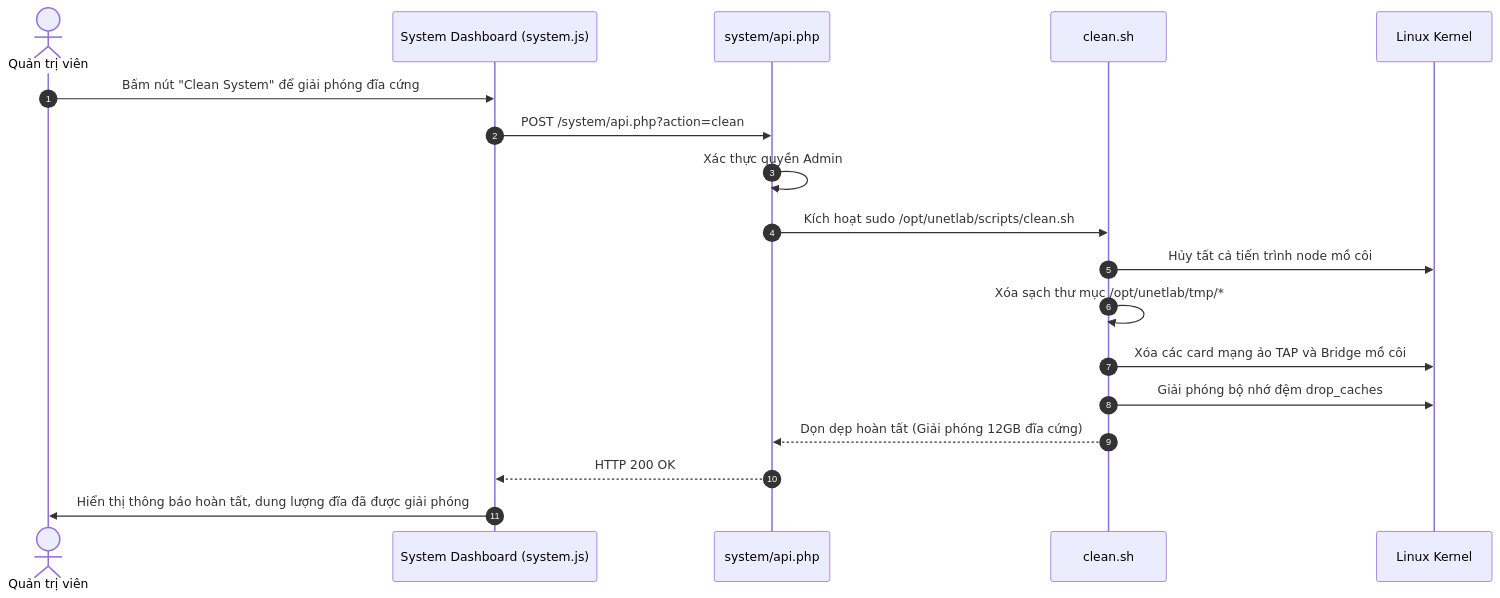
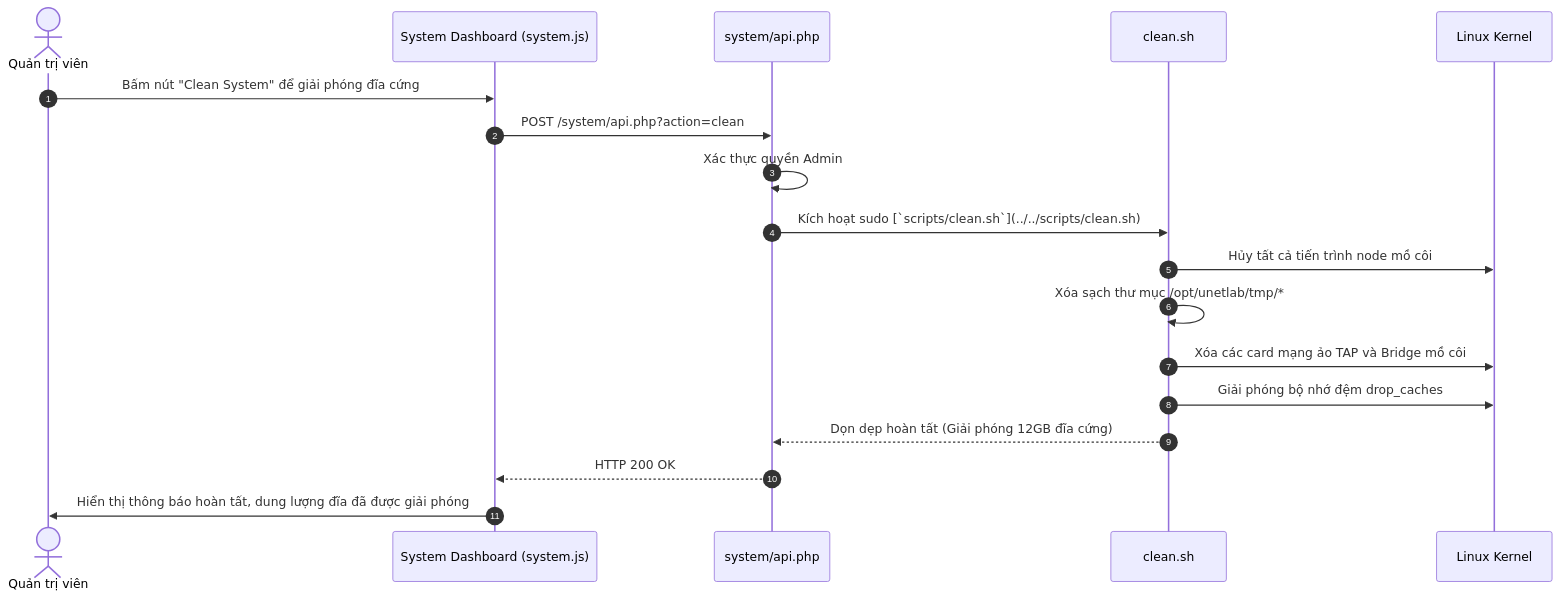
The diagram in docs/03-diagrams/f65-system-power-maintenance-sequence.md (Luuxinhxinh/pnet-v8), drawn with Mermaid before and after one commit. The commit also changed 92 other files, not shown here.

````diff
--- a/docs/03-diagrams/f65-system-power-maintenance-sequence.md
+++ b/docs/03-diagrams/f65-system-power-maintenance-sequence.md
@@ -9,21 +9,21 @@
 ```mermaid
 sequenceDiagram
     autonumber
     actor Admin as Quản trị viên
     participant UI as System Dashboard (system.js)
     participant API as system/api.php
     participant Script as clean.sh
     participant Kernel as Linux Kernel
 
     Admin->>UI: Bấm nút "Clean System" để giải phóng đĩa cứng
     UI->>API: POST /system/api.php?action=clean
     API->>API: Xác thực quyền Admin
-    API->>Script: Kích hoạt sudo /opt/unetlab/scripts/clean.sh
+    API->>Script: Kích hoạt sudo [`scripts/clean.sh`](../../scripts/clean.sh)
     Script->>Kernel: Hủy tất cả tiến trình node mồ côi
     Script->>Script: Xóa sạch thư mục /opt/unetlab/tmp/*
     Script->>Kernel: Xóa các card mạng ảo TAP và Bridge mồ côi
     Script->>Kernel: Giải phóng bộ nhớ đệm drop_caches
     Script-->>API: Dọn dẹp hoàn tất (Giải phóng 12GB đĩa cứng)
     API-->>UI: HTTP 200 OK
     UI->>Admin: Hiển thị thông báo hoàn tất, dung lượng đĩa đã được giải phóng
 ```
````
